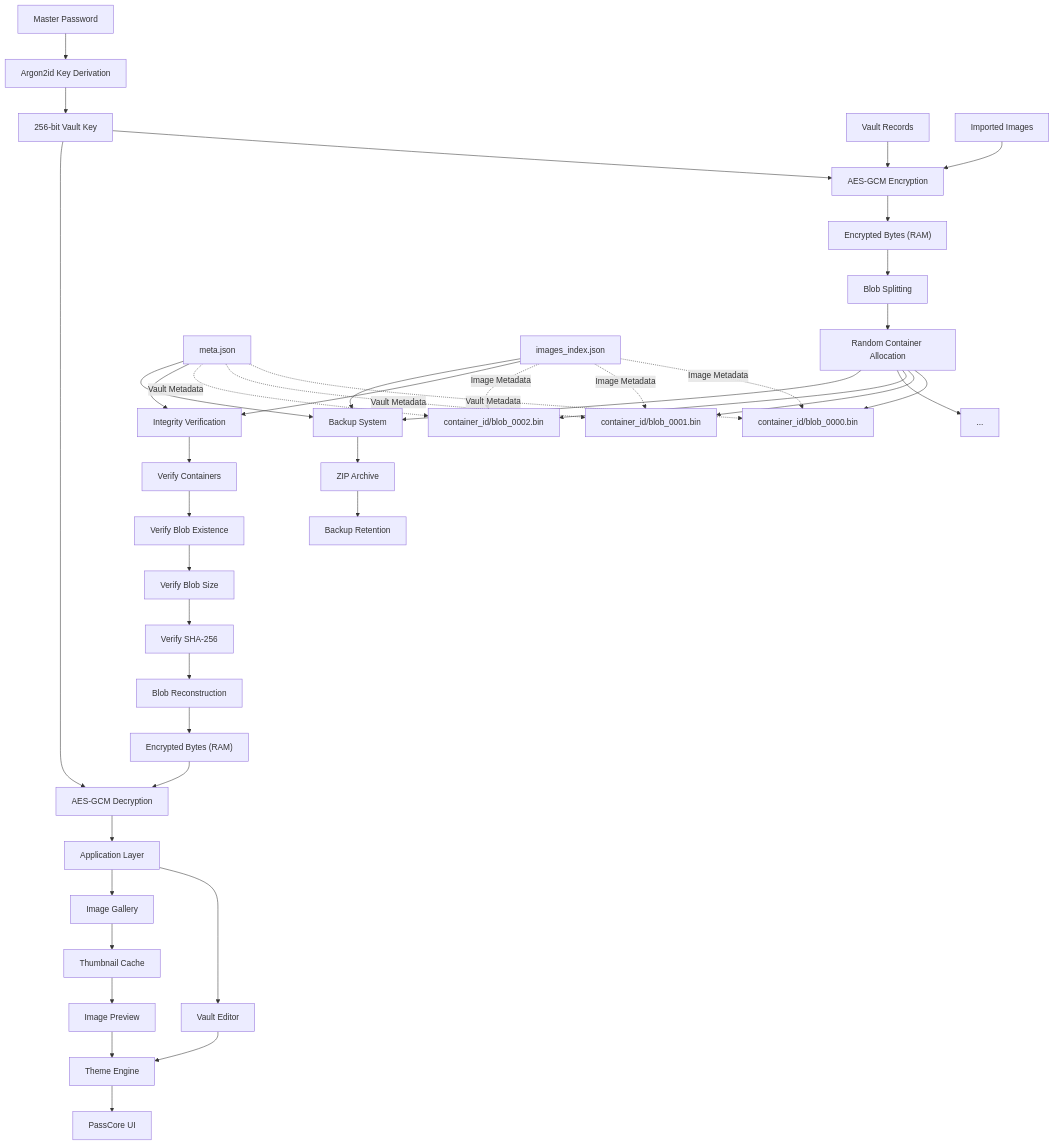
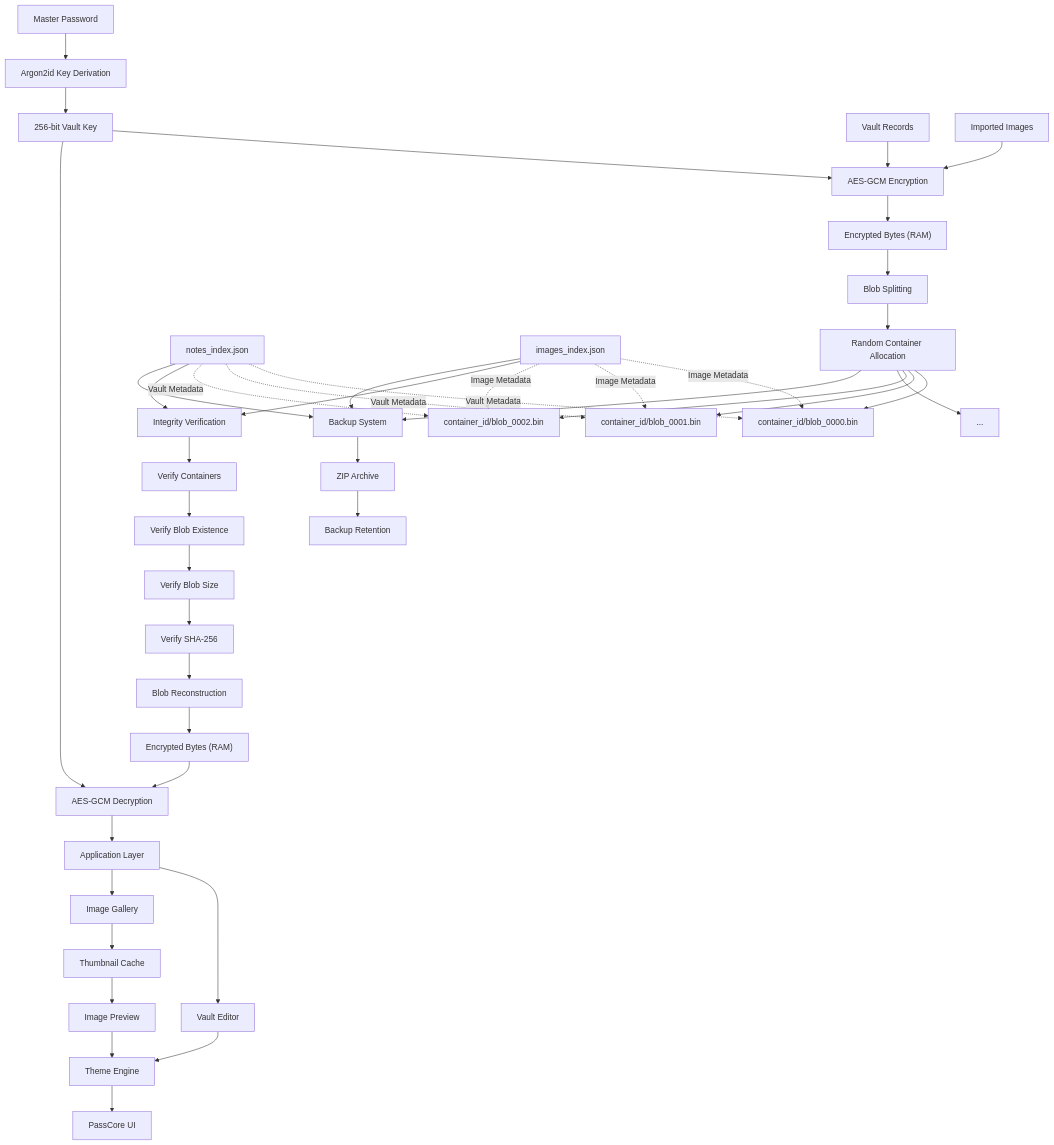
Before and after one commit to Money-Ape/PassCore: the diagram in ARCHITECTURE.md, drawn with Mermaid. The commit also changed other lines of this file and 6 other files, not shown here.

```diff
--- a/ARCHITECTURE.md
+++ b/ARCHITECTURE.md
@@ -43,7 +43,7 @@
 CTN --> B3["container_id/blob_0002.bin"]
 CTN --> B4["..."]
 
-META["meta.json"]
+META["notes_index.json"]
 IMETA["images_index.json"]
 
 META -. Vault Metadata .-> B1
```
